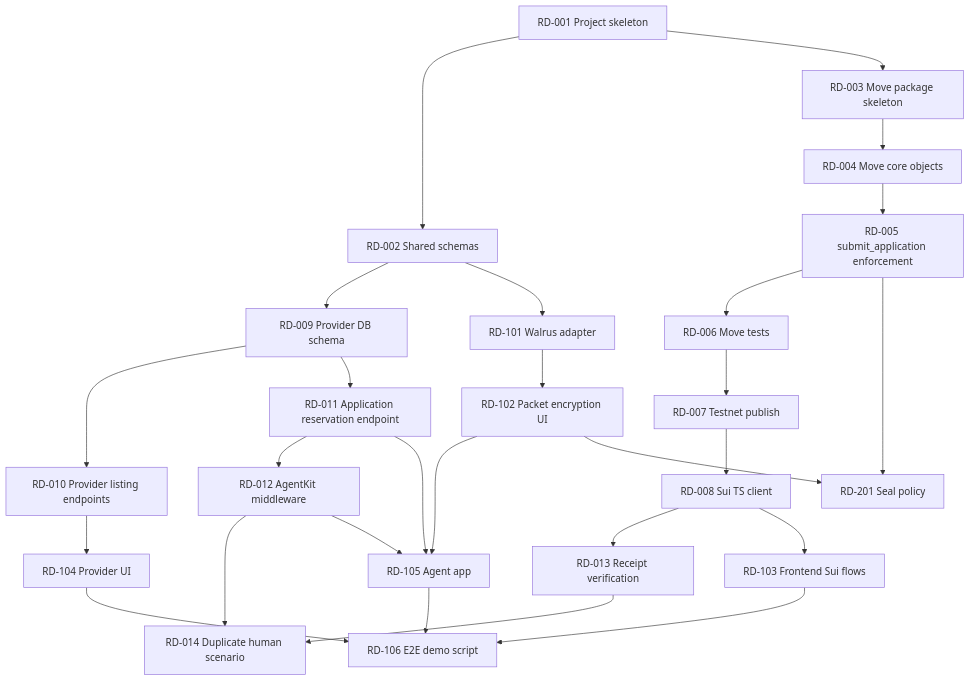
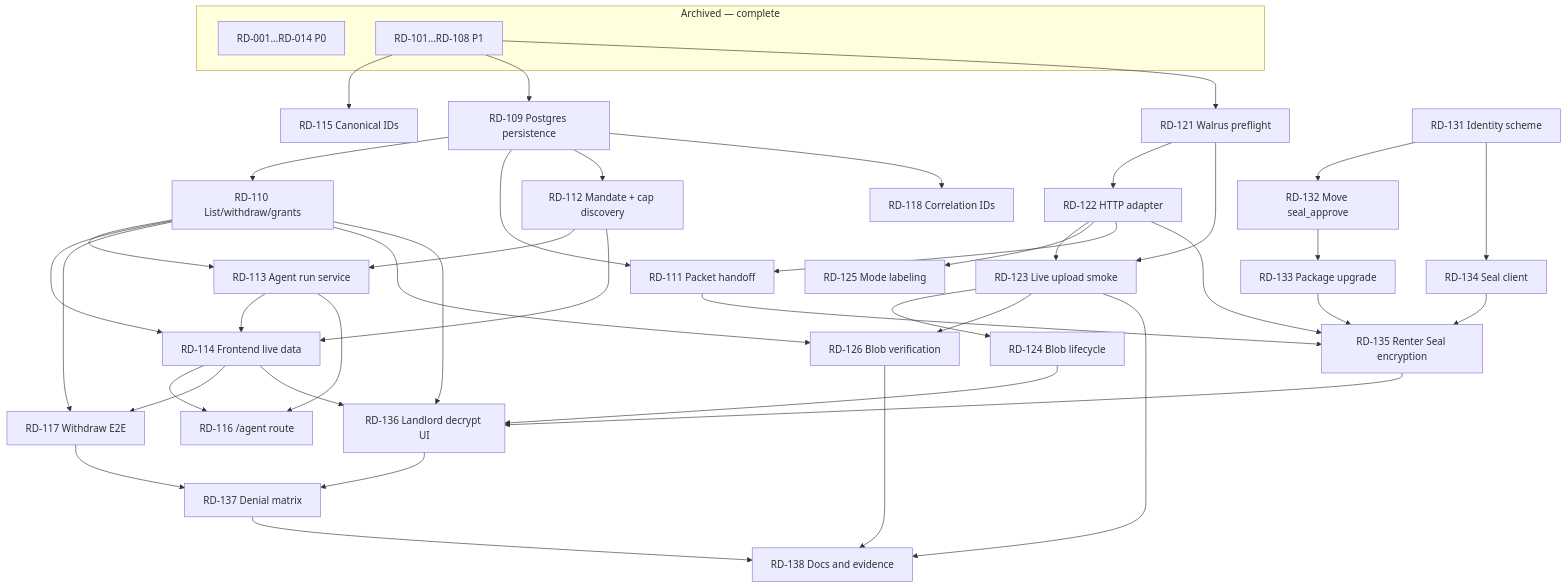
One commit to c3n21/casium changed the diagram in plan/backlog.md. Above: the diagram before and after it, drawn with Mermaid. The commit also changed other lines of this file and 11 other files, not shown here.

````diff
--- a/plan/backlog.md
+++ b/plan/backlog.md
@@ -35,33 +67,52 @@
 ```mermaid
 flowchart TD
-  P0_01[RD-001 Project skeleton] --> P0_02[RD-002 Shared schemas]
-  P0_01 --> P0_03[RD-003 Move package skeleton]
-  P0_03 --> P0_04[RD-004 Move core objects]
-  P0_04 --> P0_05[RD-005 submit_application enforcement]
-  P0_05 --> P0_06[RD-006 Move tests]
-  P0_06 --> P0_07[RD-007 Testnet publish]
-  P0_07 --> P0_08[RD-008 Sui TS client]
+  subgraph done[Archived — complete]
+    P0[RD-001…RD-014 P0]
+    P1[RD-101…RD-108 P1]
+  end
 
-  P0_02 --> P0_09[RD-009 Provider DB schema]
-  P0_09 --> P0_10[RD-010 Provider listing endpoints]
-  P0_09 --> P0_11[RD-011 Application reservation endpoint]
-  P0_11 --> P0_12[RD-012 AgentKit middleware]
-  P0_08 --> P0_13[RD-013 Receipt verification]
-  P0_12 --> P0_14[RD-014 Duplicate human scenario]
-  P0_13 --> P0_14
+  P1 --> C115[RD-115 Canonical IDs]
+  P1 --> C109[RD-109 Postgres persistence]
 
-  P0_02 --> P1_01[RD-101 Walrus adapter]
-  P1_01 --> P1_02[RD-102 Packet encryption UI]
+  C109 --> C110[RD-110 List/withdraw/grants]
+  C109 --> C111[RD-111 Packet handoff]
+  C109 --> C112[RD-112 Mandate + cap discovery]
+  C109 --> C118[RD-118 Correlation IDs]
+  C110 --> C113[RD-113 Agent run service]
+  C112 --> C113
+  C110 --> C114[RD-114 Frontend live data]
+  C112 --> C114
+  C113 --> C114
+  C113 --> C116[RD-116 /agent route]
+  C114 --> C116
+  C110 --> C117[RD-117 Withdraw E2E]
+  C114 --> C117
 
-  P0_08 --> P1_03[RD-103 Frontend Sui flows]
-  P0_10 --> P1_04[RD-104 Provider UI]
-  P0_11 --> P1_05[RD-105 Agent app]
-  P0_12 --> P1_05
-  P1_02 --> P1_05
-  P1_03 --> P1_06[RD-106 E2E demo script]
-  P1_04 --> P1_06
-  P1_05 --> P1_06
+  P1 --> W121[RD-121 Walrus preflight]
+  W121 --> W122[RD-122 HTTP adapter]
+  W121 --> W123[RD-123 Live upload smoke]
+  W122 --> W123
+  W123 --> W124[RD-124 Blob lifecycle]
+  W122 --> W125[RD-125 Mode labeling]
+  W123 --> W126[RD-126 Blob verification]
+  C110 --> W126
+  W122 --> C111
 
-  P1_02 --> P2_01[RD-201 Seal policy]
-  P0_05 --> P2_01
+  S131[RD-131 Identity scheme] --> S132[RD-132 Move seal_approve]
+  S131 --> S134[RD-134 Seal client]
+  S132 --> S133[RD-133 Package upgrade]
+  S133 --> S135[RD-135 Renter Seal encryption]
+  S134 --> S135
+  W122 --> S135
+  C111 --> S135
+  S135 --> S136[RD-136 Landlord decrypt UI]
+  C114 --> S136
+  C110 --> S136
+  S136 --> S137[RD-137 Denial matrix]
+  C117 --> S137
+  W124 --> S136
+
+  S137 --> D138[RD-138 Docs and evidence]
+  W126 --> D138
+  W123 --> D138
 ```
````
